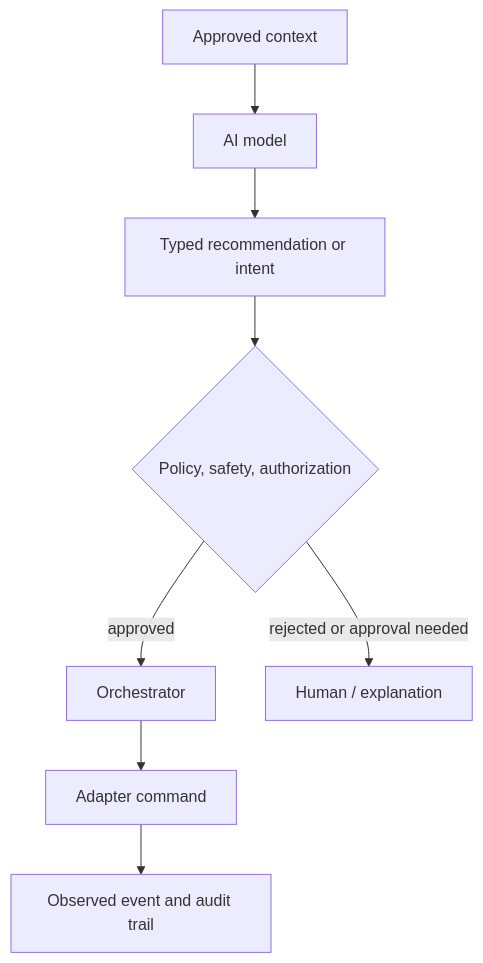
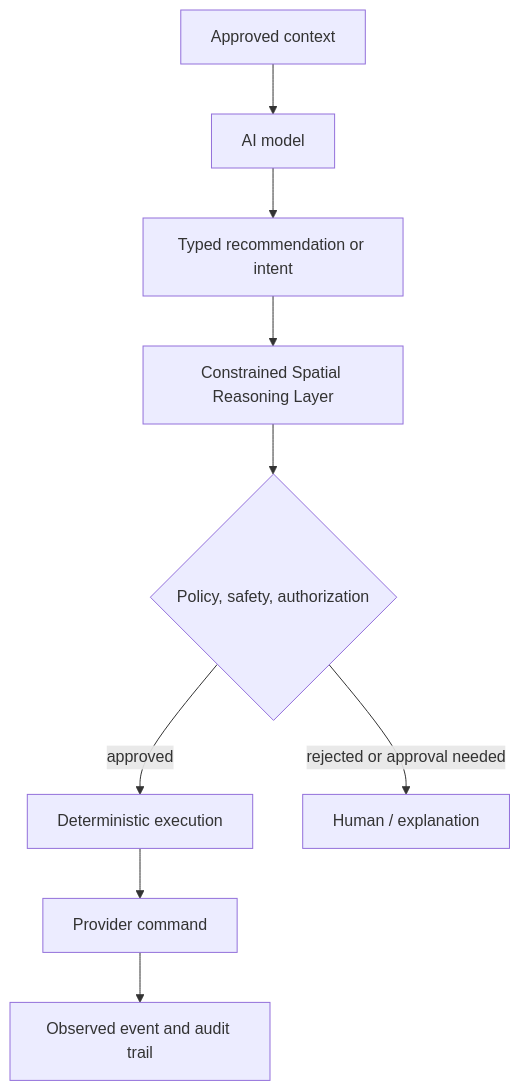
The diagram in docs/en/ai/ai-architecture.md (3hllc/osip-docs), drawn with Mermaid before and after one commit. The commit also changed other lines of this file and 91 other files, not shown here.

Commit message:
Define OSIP reasoning and deployment architecture

````diff
--- a/docs/en/ai/ai-architecture.md
+++ b/docs/en/ai/ai-architecture.md
@@ -19,10 +20,11 @@
 ```mermaid
 flowchart TB
   C[Approved context] --> M[AI model]
   M --> I[Typed recommendation or intent]
-  I --> P{Policy, safety, authorization}
-  P -->|approved| O[Orchestrator]
-  O --> A[Adapter command]
+  I --> R[Constrained Spatial Reasoning Layer]
+  R --> P{Policy, safety, authorization}
+  P -->|approved| O[Deterministic execution]
+  O --> A[Provider command]
   P -->|rejected or approval needed| H[Human / explanation]
   A --> E[Observed event and audit trail]
 ```
````
